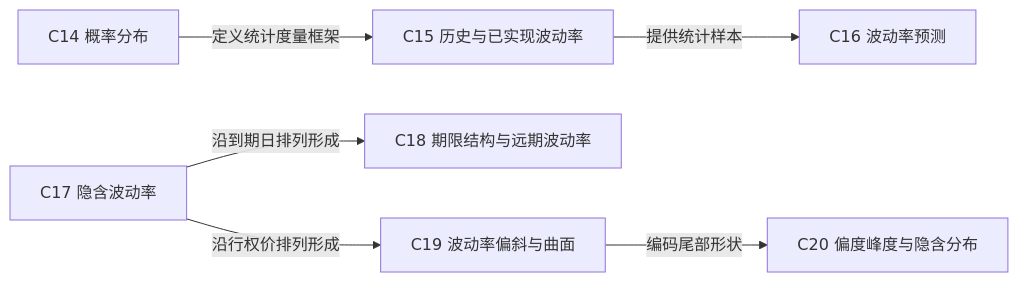
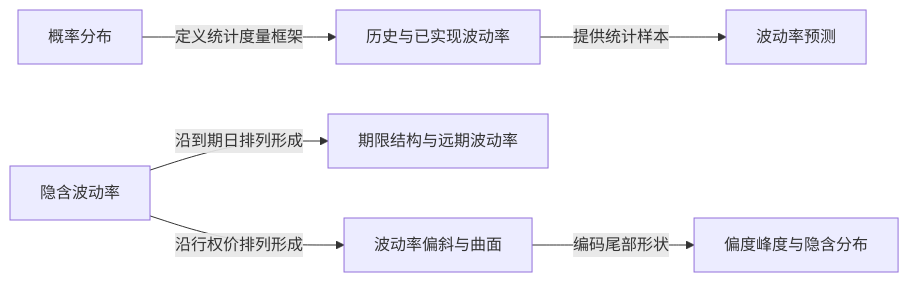
One commit to KIMMCHOW/MyKnowledge changed the diagram in Knowledge/Concepts/经济/金融/衍生品/期权/References/Option Volatility and Pricing 双语版/知识图谱/概率分布与波动率.md. Above: the diagram before and after it, drawn with Mermaid. The commit also changed other lines of this file and 53 other files, not shown here.

Commit message:
cleanup: 期权知识图谱内容去除序号并同步生成与审计脚本

````diff
--- a/Knowledge/Concepts/经济/金融/衍生品/期权/References/Option Volatility and Pricing 双语版/知识图谱/概率分布与波动率.md
+++ b/Knowledge/Concepts/经济/金融/衍生品/期权/References/Option Volatility and Pricing 双语版/知识图谱/概率分布与波动率.md
@@ -25,15 +25,15 @@
 ```mermaid
 flowchart LR
-    C14["C14 概率分布"]
-    C15["C15 历史与已实现波动率"]
-    C16["C16 波动率预测"]
-    C17["C17 隐含波动率"]
-    C18["C18 期限结构与远期波动率"]
-    C19["C19 波动率偏斜与曲面"]
-    C20["C20 偏度峰度与隐含分布"]
-    C14 -->|"定义统计度量框架"| C15
-    C15 -->|"提供统计样本"| C16
-    C17 -->|"沿到期日排列形成"| C18
-    C17 -->|"沿行权价排列形成"| C19
-    C19 -->|"编码尾部形状"| C20
+    ProbabilityDistributions["概率分布"]
+    HistoricalandRealizedVolatility["历史与已实现波动率"]
+    VolatilityForecasting["波动率预测"]
+    ImpliedVolatility["隐含波动率"]
+    TermStructureandForwardVolatility["期限结构与远期波动率"]
+    VolatilitySkewandSurface["波动率偏斜与曲面"]
+    SkewnessKurtosisandImpliedDistribution["偏度峰度与隐含分布"]
+    ProbabilityDistributions -->|"定义统计度量框架"| HistoricalandRealizedVolatility
+    HistoricalandRealizedVolatility -->|"提供统计样本"| VolatilityForecasting
+    ImpliedVolatility -->|"沿到期日排列形成"| TermStructureandForwardVolatility
+    ImpliedVolatility -->|"沿行权价排列形成"| VolatilitySkewandSurface
+    VolatilitySkewandSurface -->|"编码尾部形状"| SkewnessKurtosisandImpliedDistribution
 ```
````
